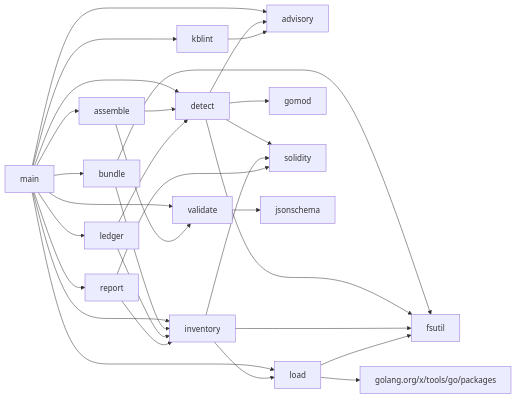
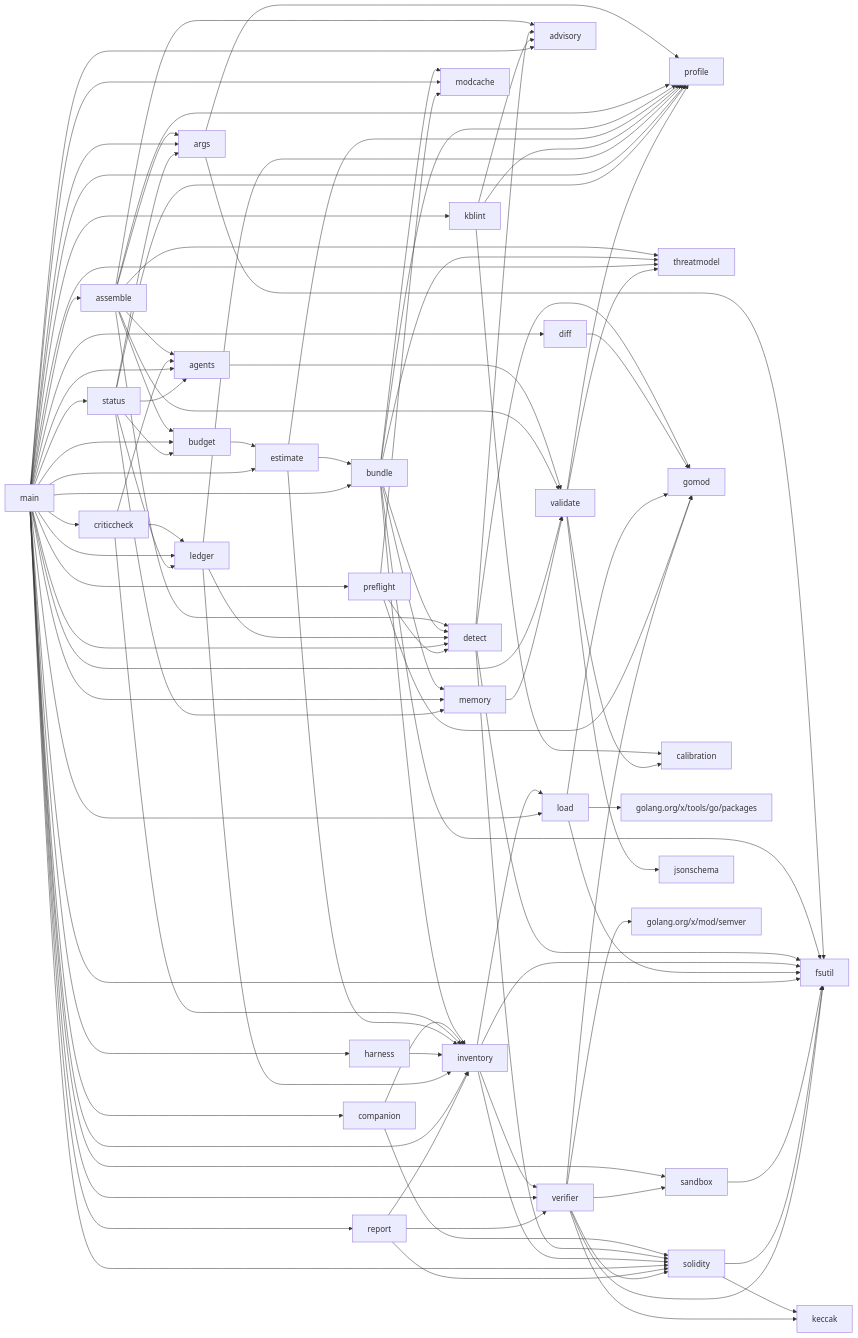
Before and after one commit to shramee/zk-audit: the second of 2 diagrams in docs/x-ray/calls.md, drawn with Mermaid. The commit also changed other lines of this file and 2 other files, not shown here.

First line of the commit message:
docs(x-ray): refresh entry points, call graph and invariants

````diff
--- a/docs/x-ray/calls.md
+++ b/docs/x-ray/calls.md
@@ -127,32 +137,103 @@
 ```mermaid
 flowchart LR
+  agents --> validate
+  args --> fsutil
+  args --> profile
+  assemble --> advisory
+  assemble --> agents
+  assemble --> args
+  assemble --> budget
+  assemble --> detect
+  assemble --> profile
+  assemble --> threatmodel
+  assemble --> validate
+  budget --> estimate
+  bundle --> detect
+  bundle --> fsutil
+  bundle --> inventory
+  bundle --> memory
+  bundle --> modcache
+  bundle --> profile
+  bundle --> threatmodel
+  companion --> inventory
+  companion --> solidity
+  criticcheck --> agents
+  criticcheck --> inventory
+  criticcheck --> ledger
+  detect --> advisory
+  detect --> fsutil
+  detect --> gomod
+  detect --> solidity
+  diff --> gomod
+  estimate --> bundle
+  estimate --> inventory
+  estimate --> profile
+  harness --> inventory
+  inventory --> fsutil
+  inventory --> load
+  inventory --> solidity
+  inventory --> verifier
+  kblint --> advisory
+  kblint --> calibration
+  kblint --> profile
+  ledger --> detect
+  ledger --> inventory
+  ledger --> profile
+  load --> fsutil
+  load --> gomod
+  load --> xtools["golang.org/x/tools/go/packages"]
   main --> advisory
+  main --> agents
+  main --> args
   main --> assemble
+  main --> budget
   main --> bundle
+  main --> companion
+  main --> criticcheck
   main --> detect
+  main --> diff
+  main --> estimate
+  main --> fsutil
+  main --> harness
   main --> inventory
   main --> kblint
   main --> ledger
   main --> load
+  main --> memory
+  main --> modcache
+  main --> preflight
+  main --> profile
   main --> report
+  main --> sandbox
+  main --> solidity
+  main --> status
+  main --> threatmodel
   main --> validate
-  assemble --> detect
-  assemble --> validate
-  bundle --> fsutil
-  bundle --> inventory
-  detect --> advisory
-  detect --> fsutil
-  detect --> gomod
-  detect --> solidity
-  inventory --> fsutil
-  inventory --> load
-  inventory --> solidity
-  kblint --> advisory
-  ledger --> detect
-  ledger --> inventory
-  load --> fsutil
-  load --> xtools["golang.org/x/tools/go/packages"]
+  main --> verifier
+  memory --> validate
+  preflight --> detect
+  preflight --> gomod
+  preflight --> modcache
   report --> inventory
   report --> solidity
+  report --> verifier
+  sandbox --> fsutil
+  solidity --> fsutil
+  solidity --> keccak
+  status --> agents
+  status --> args
+  status --> budget
+  status --> ledger
+  status --> memory
+  status --> profile
+  validate --> calibration
   validate --> jsonschema
+  validate --> profile
+  validate --> threatmodel
+  verifier --> fsutil
+  verifier --> gomod
+  verifier --> keccak
+  verifier --> sandbox
+  verifier --> solidity
+  verifier --> xmod["golang.org/x/mod/semver"]
 ```
````
